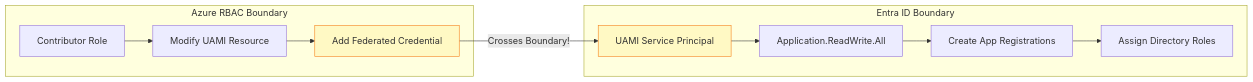
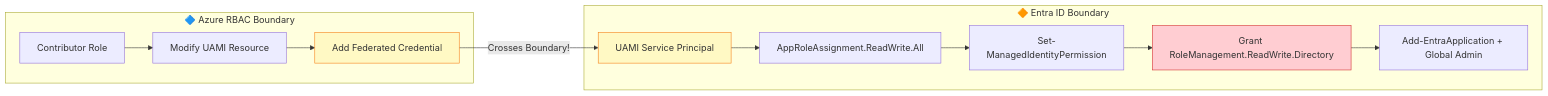
One commit to azurekid/mc2-connect changed the sixth of 7 diagrams in README.md. Above: the diagram before and after it, drawn with Mermaid. The commit also changed other lines of this file, not shown here.

````diff
--- a/README.md
+++ b/README.md
@@ -413,22 +653,24 @@
 ```mermaid
 flowchart LR
-    subgraph AzureRBAC["Azure RBAC Boundary"]
+    subgraph AzureRBAC["🔷 Azure RBAC Boundary"]
         AR1[Contributor Role]
         AR2[Modify UAMI Resource]
         AR3[Add Federated Credential]
     end
 
-    subgraph EntraID["Entra ID Boundary"]
+    subgraph EntraID["🔶 Entra ID Boundary"]
         EI1[UAMI Service Principal]
-        EI2[Application.ReadWrite.All]
-        EI3[Create App Registrations]
-        EI4[Assign Directory Roles]
+        EI2[AppRoleAssignment.ReadWrite.All]
+        EI3[Set-ManagedIdentityPermission]
+        EI4[Grant RoleManagement.ReadWrite.Directory]
+        EI5[Add-EntraApplication + Global Admin]
     end
 
     AR1 --> AR2 --> AR3
     AR3 -->|"Crosses Boundary!"| EI1
-    EI1 --> EI2 --> EI3 --> EI4
+    EI1 --> EI2 --> EI3 --> EI4 --> EI5
 
     style AR3 fill:#fff9c4,stroke:#f57f17
     style EI1 fill:#fff9c4,stroke:#f57f17
+    style EI4 fill:#ffcdd2,stroke:#d32f2f
 ```
````
